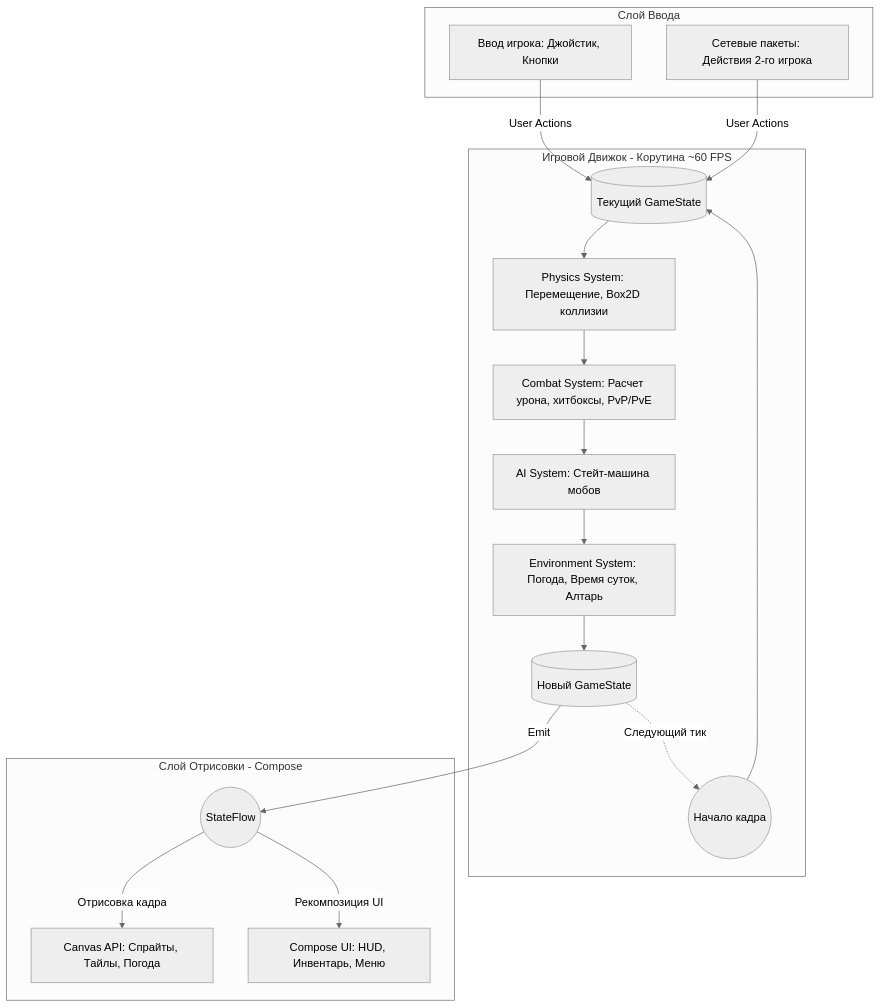
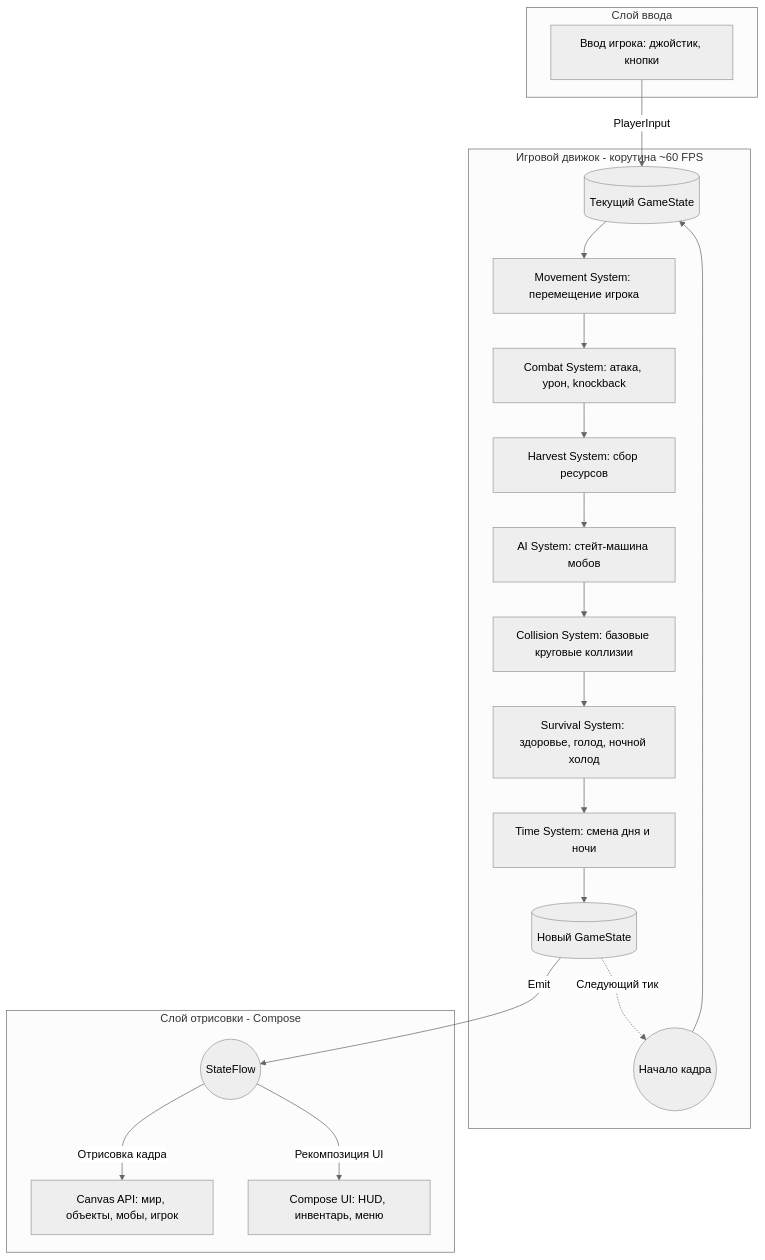
One commit to mrnchk/Call-of-the-forest changed the first of 3 diagrams in client/docs/ARCHITECTURE.md. Above: the diagram before and after it, drawn with Mermaid (neutral theme). The commit also changed other lines of this file and 4 other files, not shown here.

````diff
--- a/client/docs/ARCHITECTURE.md
+++ b/client/docs/ARCHITECTURE.md
@@ -10,39 +9,43 @@
 ```mermaid
 flowchart TD
-    subgraph InputLayer["Слой Ввода"]
-        UI_Input["Ввод игрока: Джойстик, Кнопки"]
-        Net_Input["Сетевые пакеты: Действия 2-го игрока"]
+    subgraph InputLayer["Слой ввода"]
+        UI_Input["Ввод игрока: джойстик, кнопки"]
     end
 
-    subgraph GameEngine["Игровой Движок - Корутина ~60 FPS"]
+    subgraph GameEngine["Игровой движок - корутина ~60 FPS"]
         StartTick(("Начало кадра"))
         CurrentState[("Текущий GameState")]
 
-        Sys_Physics["Physics System: Перемещение, Box2D коллизии"]
-        Sys_Combat["Combat System: Расчет урона, хитбоксы, PvP/PvE"]
-        Sys_AI["AI System: Стейт-машина мобов"]
-        Sys_Event["Environment System: Погода, Время суток, Алтарь"]
+        Sys_Movement["Movement System: перемещение игрока"]
+        Sys_Combat["Combat System: атака, урон, knockback"]
+        Sys_Harvest["Harvest System: сбор ресурсов"]
+        Sys_AI["AI System: стейт-машина мобов"]
+        Sys_Collision["Collision System: базовые круговые коллизии"]
+        Sys_Survival["Survival System: здоровье, голод, ночной холод"]
+        Sys_Time["Time System: смена дня и ночи"]
 
         StartTick --> CurrentState
-        CurrentState --> Sys_Physics
-        Sys_Physics --> Sys_Combat
-        Sys_Combat --> Sys_AI
-        Sys_AI --> Sys_Event
+        CurrentState --> Sys_Movement
+        Sys_Movement --> Sys_Combat
+        Sys_Combat --> Sys_Harvest
+        Sys_Harvest --> Sys_AI
+        Sys_AI --> Sys_Collision
+        Sys_Collision --> Sys_Survival
+        Sys_Survival --> Sys_Time
 
-        Sys_Event --> NewState[("Новый GameState")]
+        Sys_Time --> NewState[("Новый GameState")]
     end
 
-    subgraph RenderLayer["Слой Отрисовки - Compose"]
+    subgraph RenderLayer["Слой отрисовки - Compose"]
         StateFlow(("StateFlow"))
-        CanvasRenderer["Canvas API: Спрайты, Тайлы, Погода"]
-        UIRenderer["Compose UI: HUD, Инвентарь, Меню"]
+        CanvasRenderer["Canvas API: мир, объекты, мобы, игрок"]
+        UIRenderer["Compose UI: HUD, инвентарь, меню"]
     end
 
-    UI_Input -->|User Actions| CurrentState
-    Net_Input -->|User Actions| CurrentState
+    UI_Input -->|PlayerInput| CurrentState
 
     NewState -->|Emit| StateFlow
     StateFlow -->|Рекомпозиция UI| UIRenderer
     StateFlow -->|Отрисовка кадра| CanvasRenderer
     NewState -.->|Следующий тик| StartTick
 ```
````
